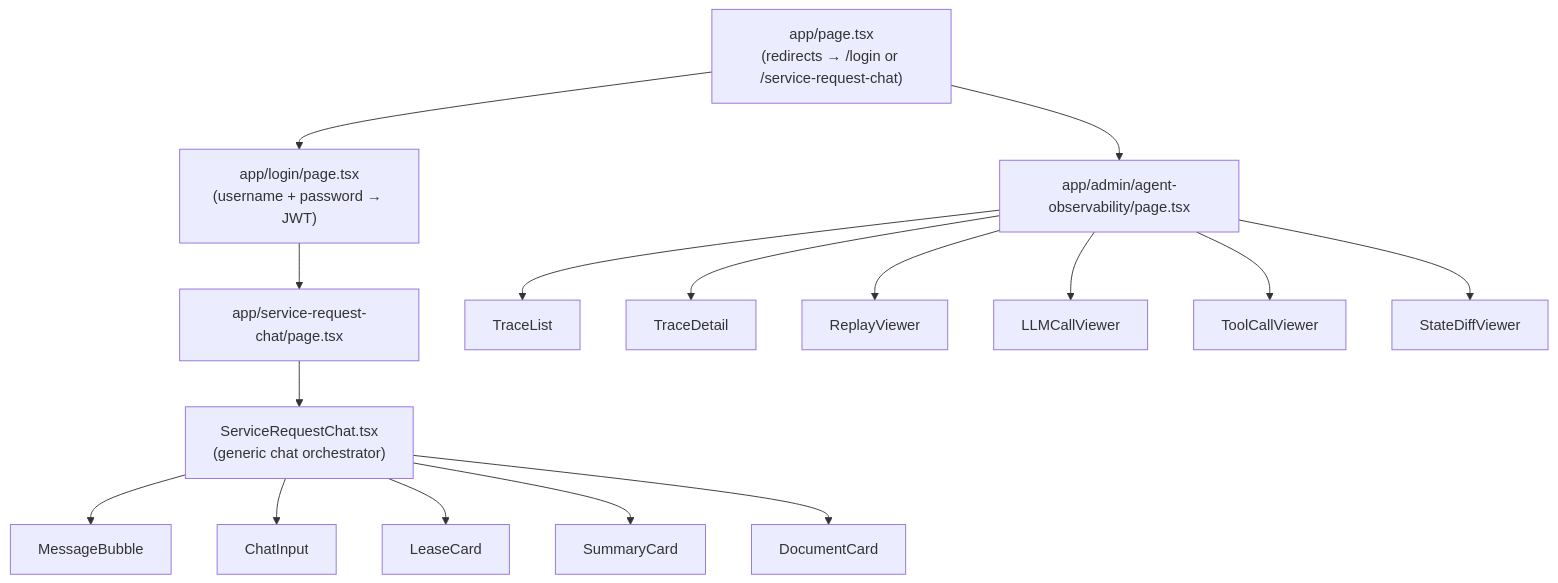
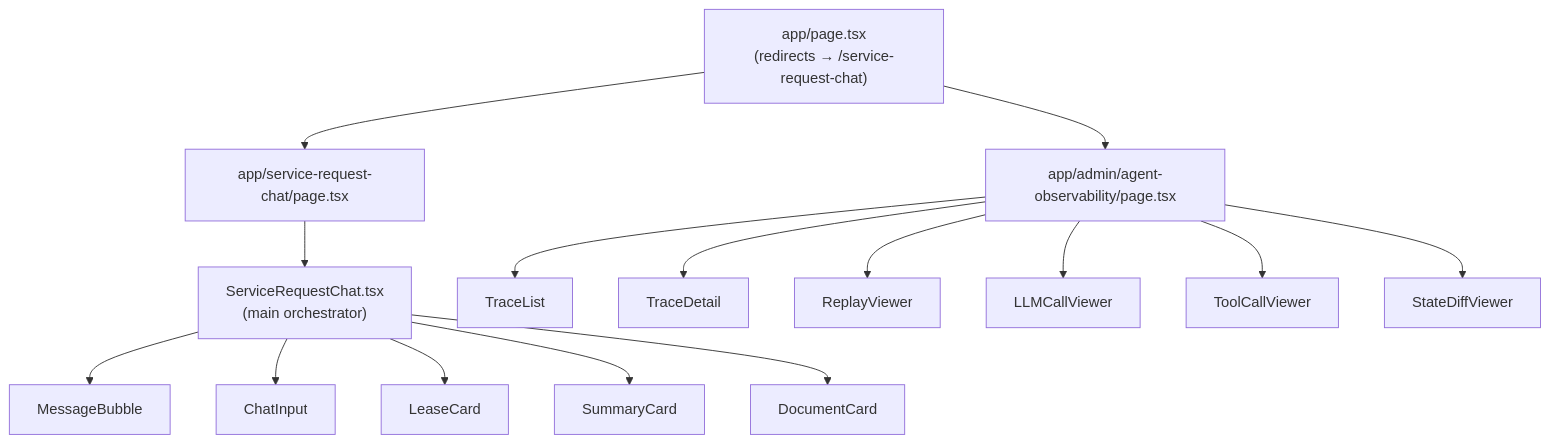
Before and after one commit to swa01wk/cenomi-api-v2: the second of 6 diagrams in service-request-chatbot/docs/architecture.md, drawn with Mermaid. The commit also changed other lines of this file and 33 other files, not shown here.

````diff
--- a/service-request-chatbot/docs/architecture.md
+++ b/service-request-chatbot/docs/architecture.md
@@ -78,25 +57,23 @@
 ```mermaid
 graph TD
-    Root["app/page.tsx<br/>(redirects → /login or /service-request-chat)"]
-    Login["app/login/page.tsx<br/>(username + password → JWT)"]
+    Root["app/page.tsx<br/>(redirects → /service-request-chat)"]
     Chat["app/service-request-chat/page.tsx"]
     Admin["app/admin/agent-observability/page.tsx"]
 
-    Root --> Login
-    Login --> Chat
+    Root --> Chat
     Root --> Admin
 
-    Chat --> SRC["ServiceRequestChat.tsx<br/>(generic chat orchestrator)"]
+    Chat --> SRC["ServiceRequestChat.tsx<br/>(main orchestrator)"]
     SRC --> MB["MessageBubble"]
     SRC --> CI["ChatInput"]
     SRC --> LC["LeaseCard"]
     SRC --> SUM["SummaryCard"]
     SRC --> DC["DocumentCard"]
 
     Admin --> TL["TraceList"]
     Admin --> TD["TraceDetail"]
     Admin --> RP["ReplayViewer"]
     Admin --> LV["LLMCallViewer"]
     Admin --> TV["ToolCallViewer"]
     Admin --> SD["StateDiffViewer"]
 ```
````
